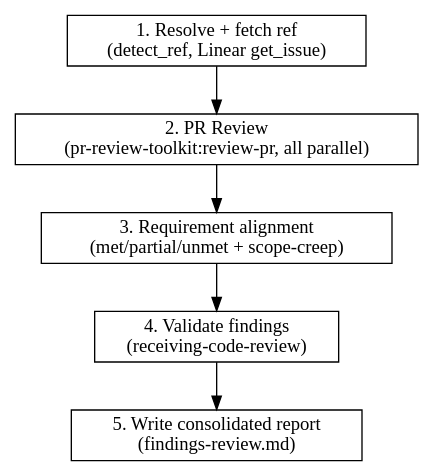
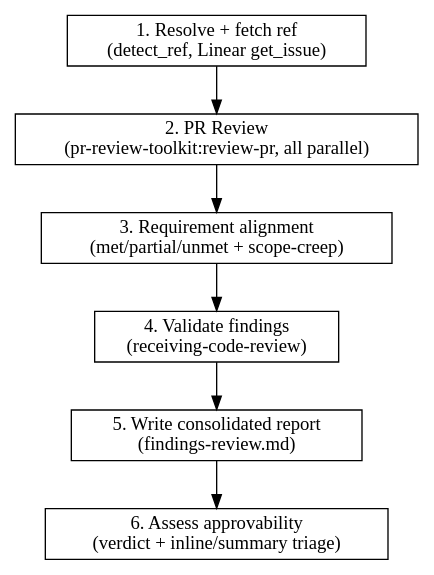
The diagram in skills/review-pr/SKILL.md (jrsgacusan/juel-claude), drawn with Graphviz before and after one commit. The commit also changed other lines of this file, not shown here.

Commit message:
feat(review-pr): add approval-verdict and inline/summary triage phase

````diff
--- a/skills/review-pr/SKILL.md
+++ b/skills/review-pr/SKILL.md
@@ -96,17 +97,19 @@
 ```dot
 digraph flow {
     rankdir=TB;
     node [shape=box];
 
     ref [label="1. Resolve + fetch ref\n(detect_ref, Linear get_issue)"];
     review [label="2. PR Review\n(pr-review-toolkit:review-pr, all parallel)"];
     align [label="3. Requirement alignment\n(met/partial/unmet + scope-creep)"];
     validate [label="4. Validate findings\n(receiving-code-review)"];
     report [label="5. Write consolidated report\n(findings-review.md)"];
+    triage [label="6. Assess approvability\n(verdict + inline/summary triage)"];
 
     ref -> review;
     review -> align;
     align -> validate;
     validate -> report;
+    report -> triage;
 }
 ```
````
